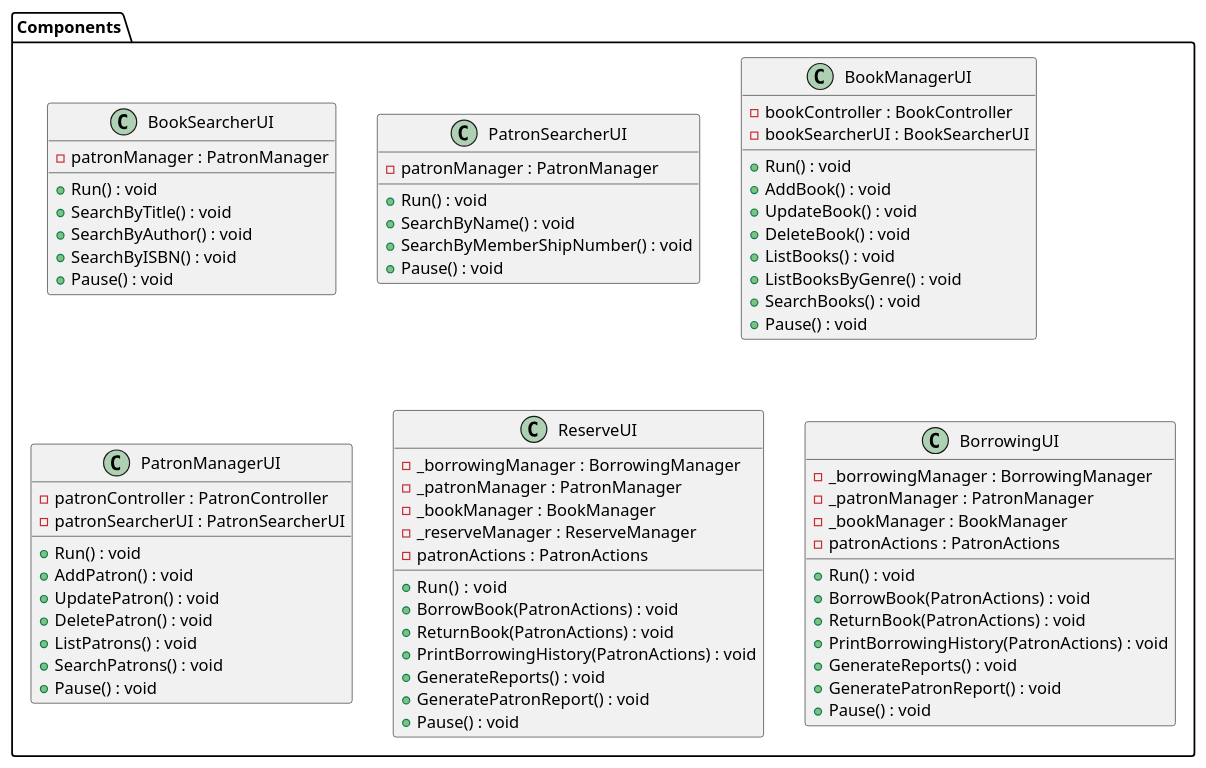
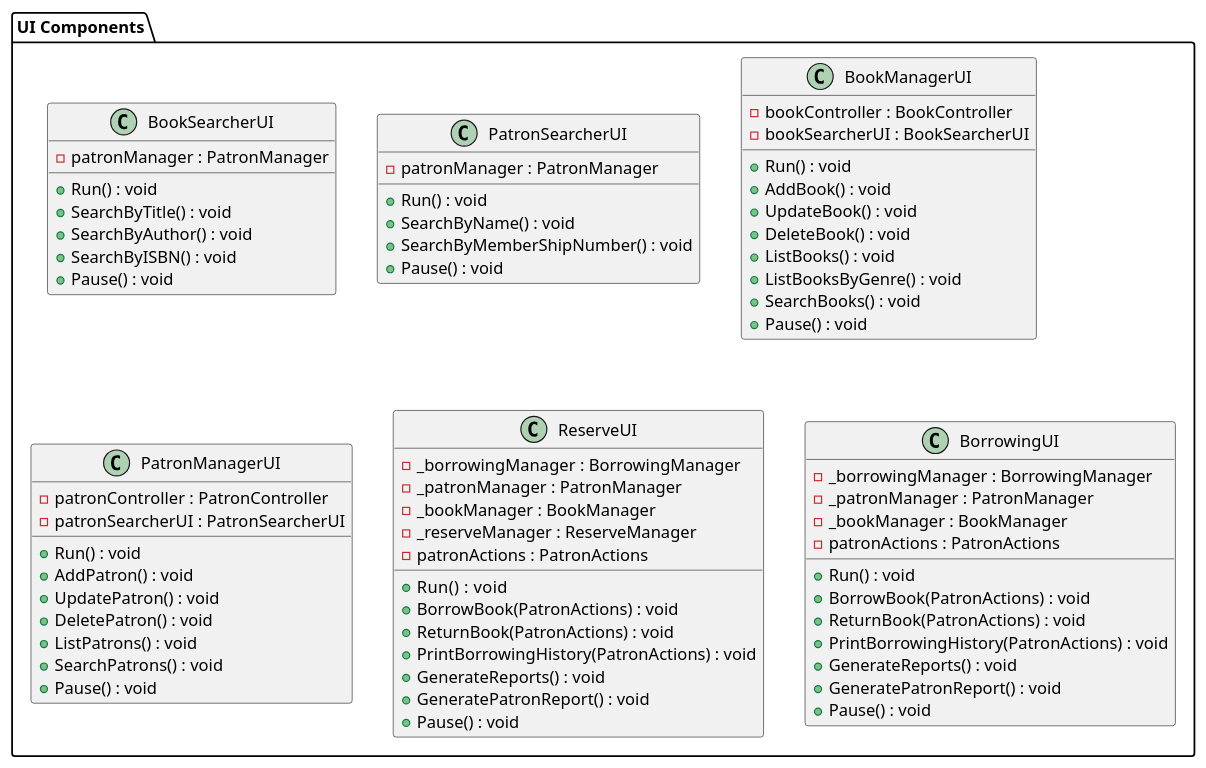
One commit to LuchoVera/Opcion1LosGosus changed the diagram in LosGosus/assets/docs/UI.puml. Above: the diagram before and after it, drawn with PlantUML. The commit also changed 1 other file, not shown here.

Commit message:
docs: improve package and class names

```diff
--- a/LosGosus/assets/docs/UI.puml
+++ b/LosGosus/assets/docs/UI.puml
@@ -1,83 +1,83 @@
 @startuml User Interface
 
-package "Components" {
+package "UI Components" {
     
     class BookSearcherUI {
         - patronManager : PatronManager
 
         + Run() : void
         + SearchByTitle() : void
         + SearchByAuthor() : void
         + SearchByISBN() : void
         + Pause() : void
     }
 
     class PatronSearcherUI {
         - patronManager : PatronManager
 
         + Run() : void
         + SearchByName() : void
         + SearchByMemberShipNumber() : void
         + Pause() : void
     }
 
     class BookManagerUI {
         - bookController : BookController
         - bookSearcherUI : BookSearcherUI
 
         + Run() : void
         + AddBook() : void
         + UpdateBook() : void
         + DeleteBook() : void
         + ListBooks() : void
         + ListBooksByGenre() : void
         + SearchBooks() : void
         + Pause() : void
     }
 
     class PatronManagerUI {
         - patronController : PatronController
         - patronSearcherUI : PatronSearcherUI
 
         + Run() : void
         + AddPatron() : void
         + UpdatePatron() : void
         + DeletePatron() : void
         + ListPatrons() : void
         + SearchPatrons() : void
         + Pause() : void
     }
 
     class ReserveUI {
         - _borrowingManager : BorrowingManager
         - _patronManager : PatronManager
         - _bookManager : BookManager
         - _reserveManager : ReserveManager
         - patronActions : PatronActions
 
         + Run()  : void
         + BorrowBook(PatronActions) : void
         + ReturnBook(PatronActions) : void
         + PrintBorrowingHistory(PatronActions) : void
         + GenerateReports() : void
         + GeneratePatronReport() : void
         + Pause() : void
     }
 
     class BorrowingUI {
         - _borrowingManager : BorrowingManager
         - _patronManager : PatronManager
         - _bookManager : BookManager
         - patronActions : PatronActions
 
         + Run() : void
         + BorrowBook(PatronActions) : void
         + ReturnBook(PatronActions) : void
         + PrintBorrowingHistory(PatronActions) : void
         + GenerateReports() : void
         + GeneratePatronReport() : void
         + Pause() : void
     }
 }
 
 @enduml
```
